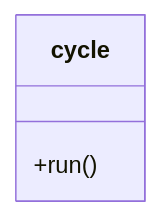
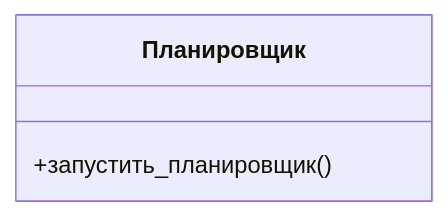
Before and after one commit to Marat22/MiriadRobotDocs: the second of 11 diagrams in controller-logic.md, drawn with Mermaid. The commit also changed other lines of this file, not shown here.

````diff
--- a/controller-logic.md
+++ b/controller-logic.md
@@ -90,6 +101,6 @@
 ```mermaid
 classDiagram
-    class cycle{
-      +run() 
+    class Планировщик{
+      +запустить_планировщик() 
     }
 ```
````
